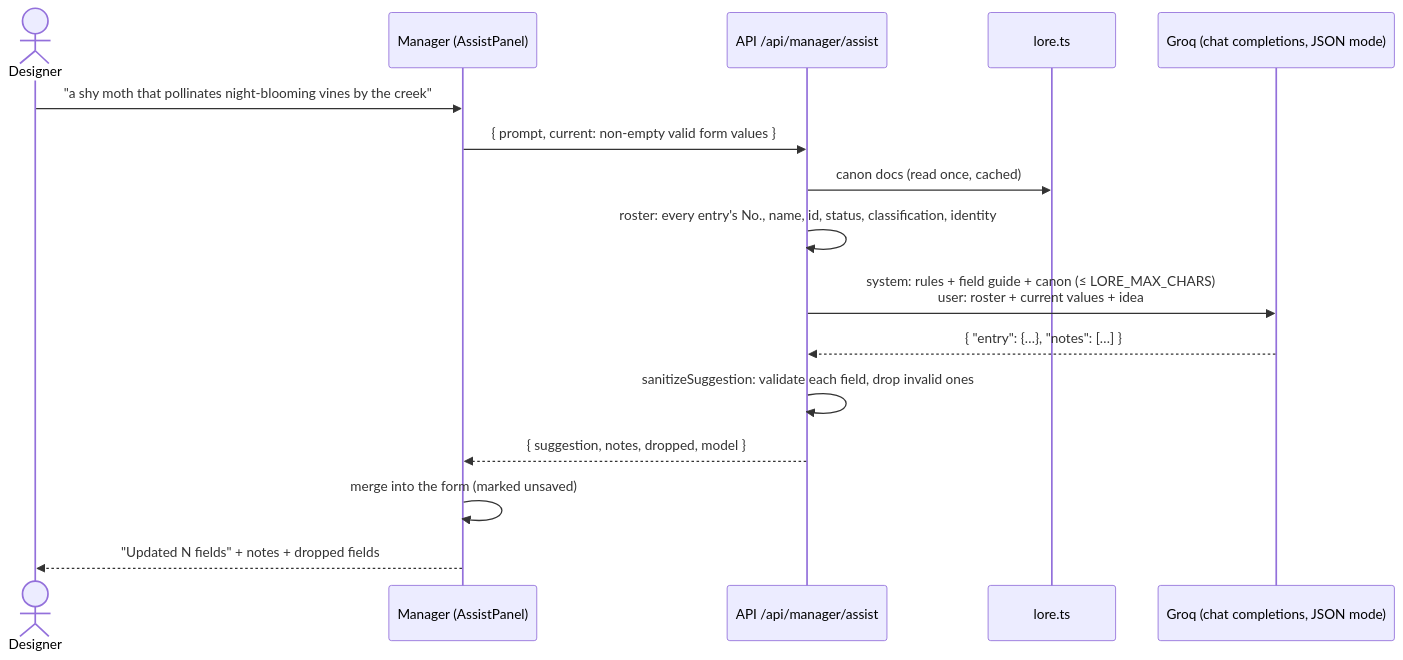
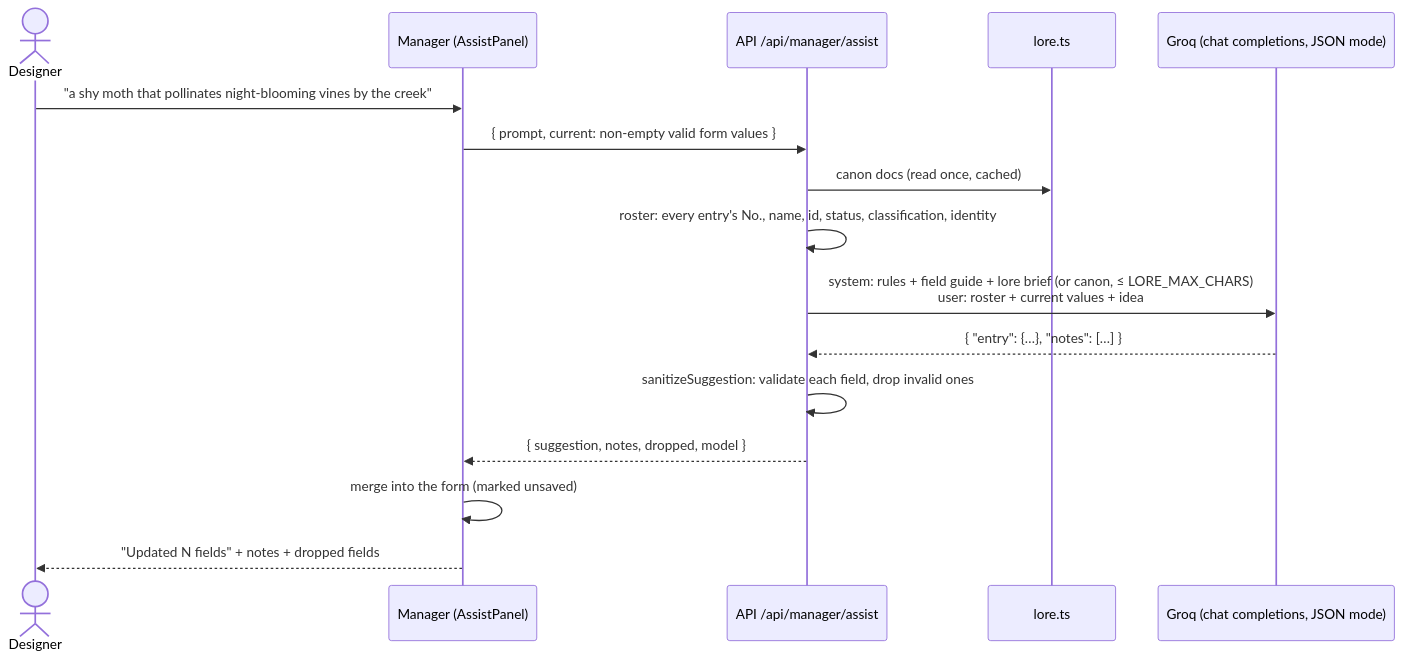
Before and after one commit to samceracas/wildbound: the fourth of 5 diagrams in docs/13-creature-manager.md, drawn with Mermaid. The commit also changed other lines of this file and 14 other files, not shown here.

First line of the commit message:
feat(api): send a condensed lore brief to the AI assistant (~3.3k instead of ~9.3k tokens)

````diff
--- a/docs/13-creature-manager.md
+++ b/docs/13-creature-manager.md
@@ -245,18 +246,18 @@
 ```mermaid
 sequenceDiagram
     actor D as Designer
     participant M as Manager (AssistPanel)
     participant A as API /api/manager/assist
     participant L as lore.ts
     participant G as Groq (chat completions, JSON mode)
     D->>M: "a shy moth that pollinates night-blooming vines by the creek"
     M->>A: { prompt, current: non-empty valid form values }
     A->>L: canon docs (read once, cached)
     A->>A: roster: every entry's No., name, id, status, classification, identity
-    A->>G: system: rules + field guide + canon (≤ LORE_MAX_CHARS)<br/>user: roster + current values + idea
+    A->>G: system: rules + field guide + lore brief (or canon, ≤ LORE_MAX_CHARS)<br/>user: roster + current values + idea
     G-->>A: { "entry": {…}, "notes": […] }
     A->>A: sanitizeSuggestion: validate each field, drop invalid ones
     A-->>M: { suggestion, notes, dropped, model }
     M->>M: merge into the form (marked unsaved)
     M-->>D: "Updated N fields" + notes + dropped fields
 ```
````
